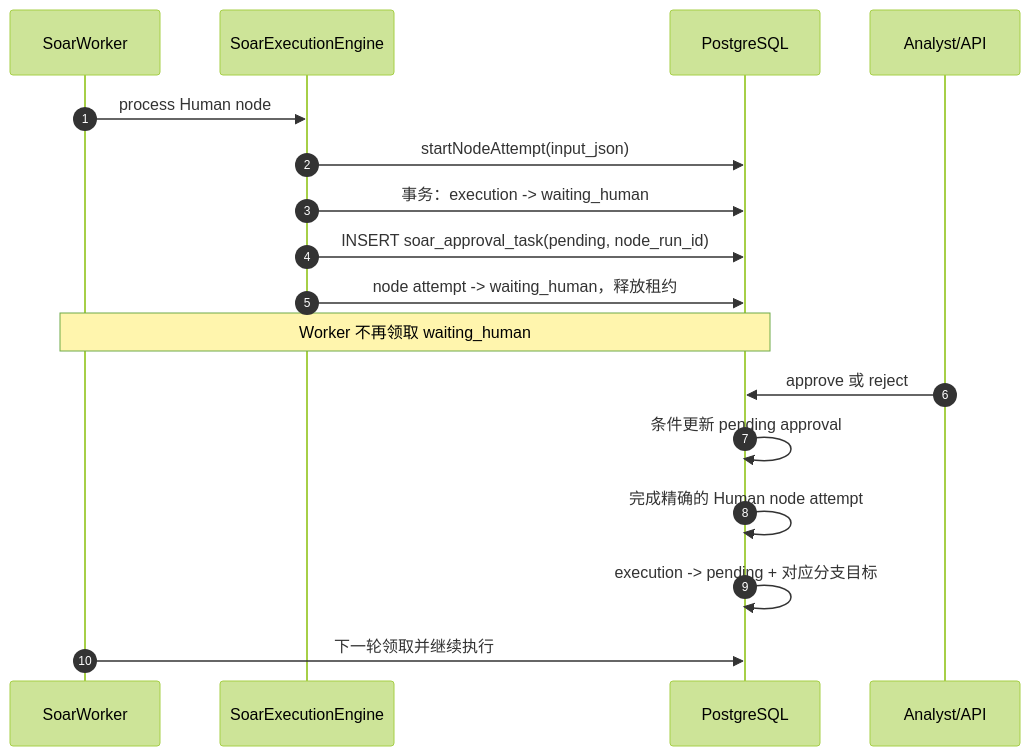
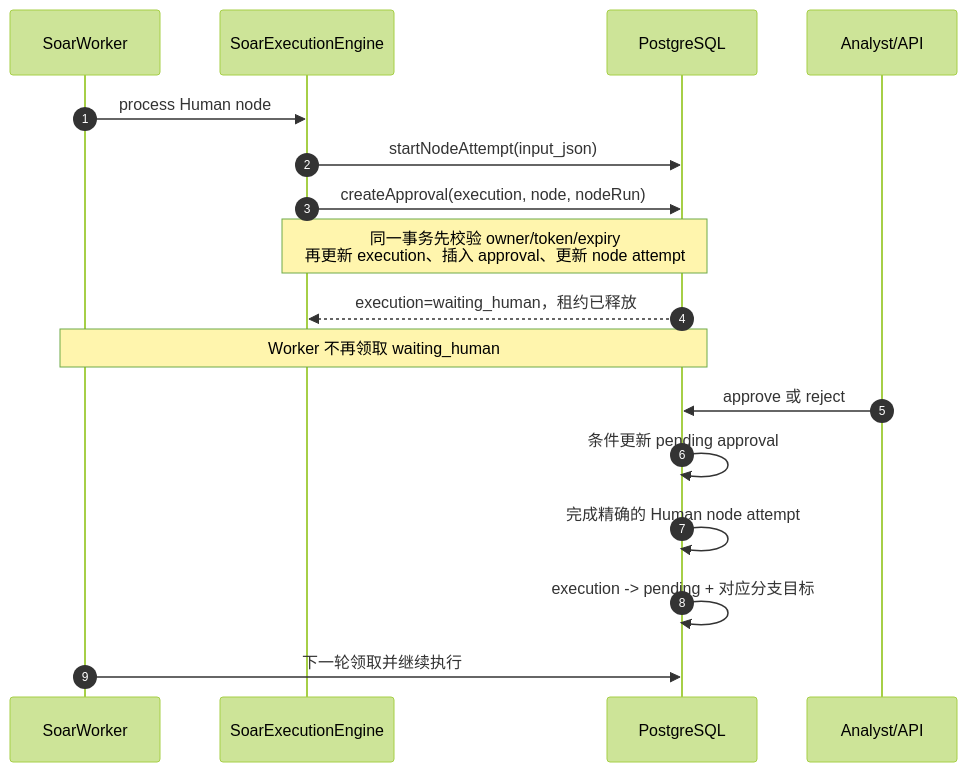
Before and after one commit to xsc683/HISIEM: the sixth of 7 diagrams in docs/design/soar-runtime-architecture.md, drawn with Mermaid (forest theme). The commit also changed other lines of this file and 44 other files, not shown here.

Commit message:
fix: harden runtime reliability and sync architecture docs

````diff
--- a/docs/design/soar-runtime-architecture.md
+++ b/docs/design/soar-runtime-architecture.md
@@ -275,20 +291,20 @@
 ```mermaid
 sequenceDiagram
     autonumber
     participant W as SoarWorker
     participant R as SoarExecutionEngine
     participant P as PostgreSQL
     participant A as Analyst/API
 
     W->>R: process Human node
     R->>P: startNodeAttempt(input_json)
-    R->>P: 事务：execution -> waiting_human
-    R->>P: INSERT soar_approval_task(pending, node_run_id)
-    R->>P: node attempt -> waiting_human，释放租约
+    R->>P: createApproval(execution, node, nodeRun)
+    Note over R,P: 同一事务先校验 owner/token/expiry<br/>再更新 execution、插入 approval、更新 node attempt
+    P-->>R: execution=waiting_human，租约已释放
     Note over W,P: Worker 不再领取 waiting_human
     A->>P: approve 或 reject
     P->>P: 条件更新 pending approval
     P->>P: 完成精确的 Human node attempt
     P->>P: execution -> pending + 对应分支目标
     W->>P: 下一轮领取并继续执行
 ```
````
